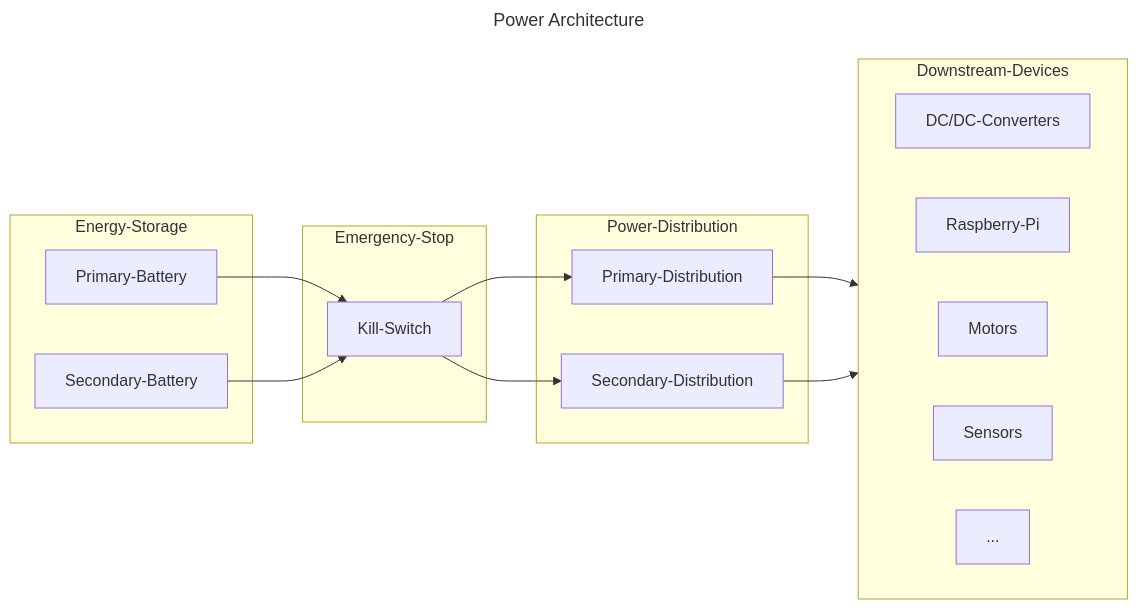
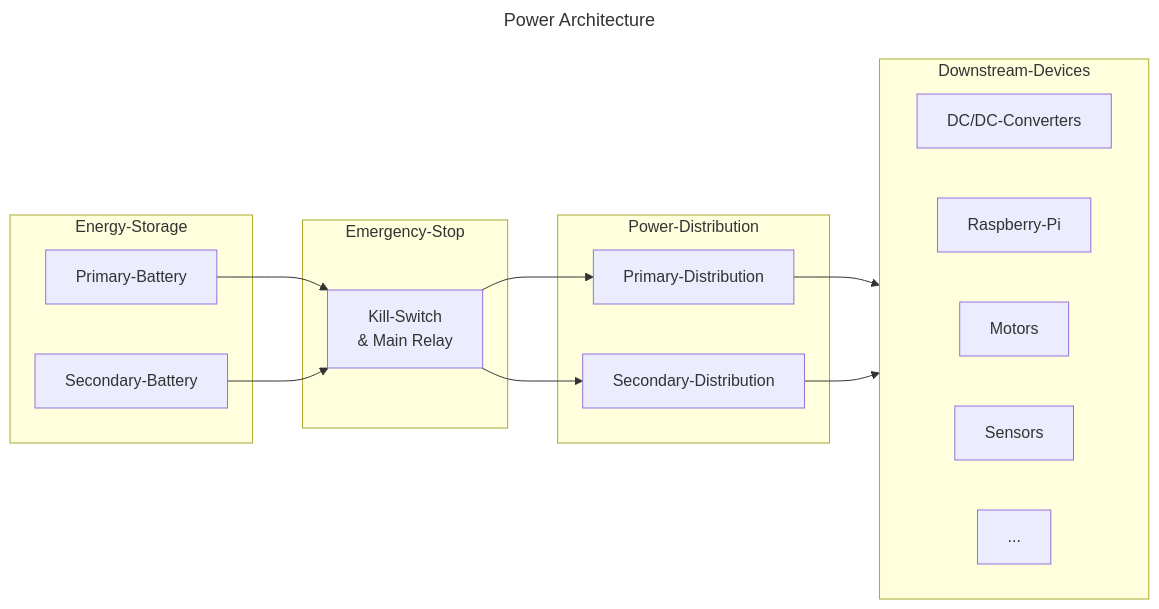
The diagram in hardware/power-architecture.mmd (RWU-R2M/PE), drawn with Mermaid before and after one commit.

Commit message:
updated power architecture to v1.0.3

```diff
--- a/hardware/power-architecture.mmd
+++ b/hardware/power-architecture.mmd
@@ -1,32 +1,32 @@
 ---
 title: "Power Architecture"
 ---
-%% v1.0.2
+%% v1.0.3
 
 graph LR
 
 subgraph Energy-Storage
 Primary-Battery
 Secondary-Battery
 end
 
-Primary-Battery & Secondary-Battery --> Kill-Switch
+Primary-Battery & Secondary-Battery --> ES
 subgraph Emergency-Stop
-Kill-Switch
+ES[Kill-Switch \n & Main Relay]
 end
 
-Kill-Switch --> Primary-Distribution & Secondary-Distribution
+ES --> Primary-Distribution & Secondary-Distribution
 subgraph Power-Distribution
 Primary-Distribution
 Secondary-Distribution
 end
 
 Primary-Distribution & Secondary-Distribution --> Downstream-Devices
 subgraph Downstream-Devices
 direction LR
 DC/DC-Converters
 Raspberry-Pi
 Motors
 Sensors
 ...
 end
```
